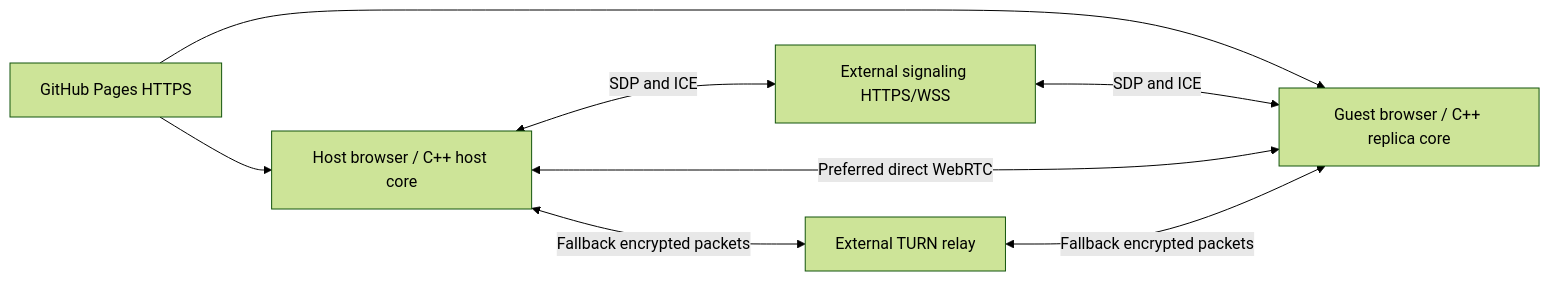
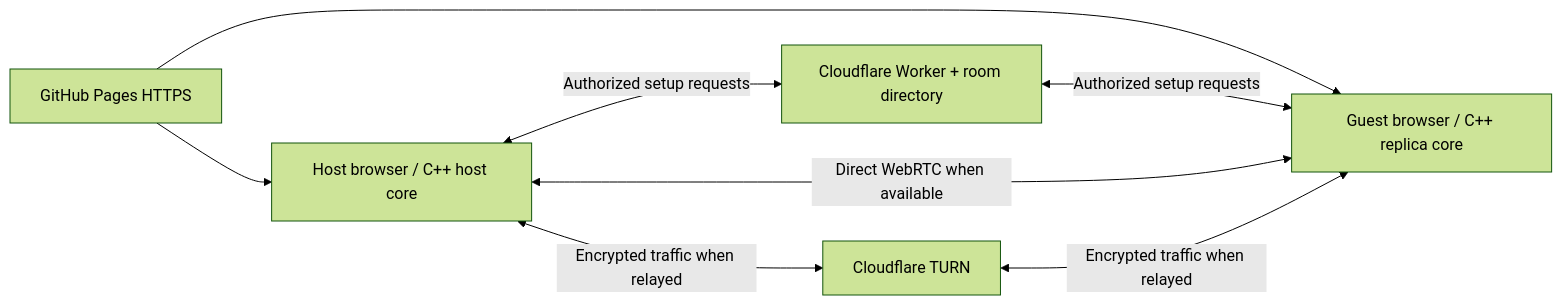
Before and after one commit to RaresKeY/coop-side-scroller: the diagram in design/internet-connectivity.md, drawn with Mermaid (forest theme). The commit also changed other lines of this file and 16 other files, not shown here.

Commit message:
Align project documentation with the deployed portable co-op architecture

````diff
--- a/design/internet-connectivity.md
+++ b/design/internet-connectivity.md
@@ -16,10 +7,10 @@
 ```mermaid
 flowchart LR
   P[GitHub Pages HTTPS] --> H[Host browser / C++ host core]
   P --> G[Guest browser / C++ replica core]
-  H <-->|SDP and ICE| S[External signaling HTTPS/WSS]
-  S <-->|SDP and ICE| G
-  H <-->|Preferred direct WebRTC| G
-  H <-->|Fallback encrypted packets| T[External TURN relay]
-  T <-->|Fallback encrypted packets| G
+  H <-->|Authorized setup requests| S[Cloudflare Worker + room directory]
+  S <-->|Authorized setup requests| G
+  H <-->|Direct WebRTC when available| G
+  H <-->|Encrypted traffic when relayed| T[Cloudflare TURN]
+  T <-->|Encrypted traffic when relayed| G
 ```
````
